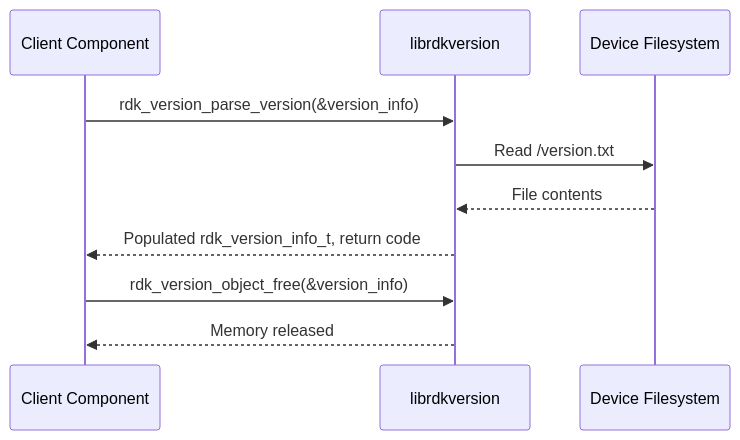
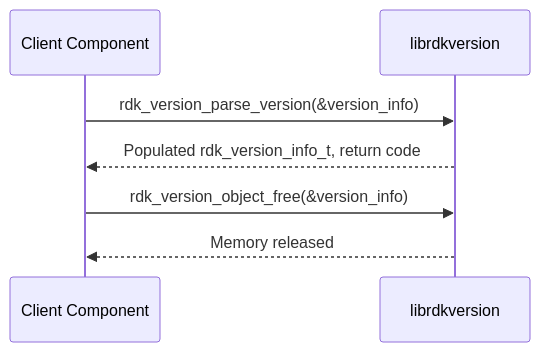
The fifth of 5 diagrams in docs/docu/RDKV-Documentations/rdkversion.md (rns21/RDK_Documentation), drawn with Mermaid before and after one commit. The commit also changed other lines of this file, not shown here.

````diff
--- a/docs/docu/RDKV-Documentations/rdkversion.md
+++ b/docs/docu/RDKV-Documentations/rdkversion.md
@@ -209,13 +186,10 @@
 ```mermaid
 sequenceDiagram
     participant Client as Client Component
     participant Lib as librdkversion
-    participant FS as Device Filesystem
 
     Client->>Lib: rdk_version_parse_version(&version_info)
-    Lib->>FS: Read /version.txt
-    FS-->>Lib: File contents
     Lib-->>Client: Populated rdk_version_info_t, return code
     Client->>Lib: rdk_version_object_free(&version_info)
     Lib-->>Client: Memory released
 ```
````
